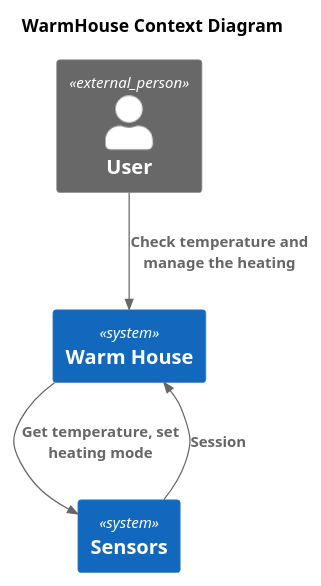
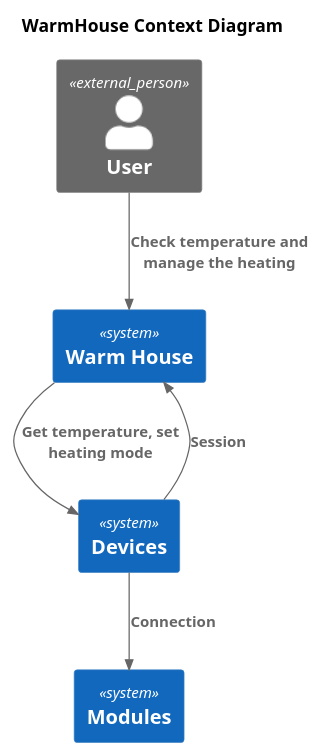
One commit to pgalonza/architecture-sprint-3 changed the diagram in task1.puml. Above: the diagram before and after it, drawn with PlantUML. The commit also changed 5 other files, not shown here.

```diff
--- a/task1.puml
+++ b/task1.puml
@@ -1,14 +1,16 @@
 @startuml
 title WarmHouse Context Diagram
 
 top to bottom direction
 
 !include https://raw.githubusercontent.com/plantuml-stdlib/C4-PlantUML/master/C4_Context.puml
 
 Person_Ext(user, "User")
 System(warmhouse, "Warm House")
-System(sensors, 'Sensors')
+System(devices, 'Devices')
+System(modules, 'Modules')
 Rel(user, warmhouse, "Check temperature and manage the heating")
-Rel(warmhouse, sensors, "Get temperature, set heating mode")
-Rel(sensors, warmhouse, "Session")
+Rel(warmhouse, devices, "Get temperature, set heating mode")
+Rel(devices, warmhouse, "Session")
+Rel(devices, modules, "Connection")
 @enduml
```
